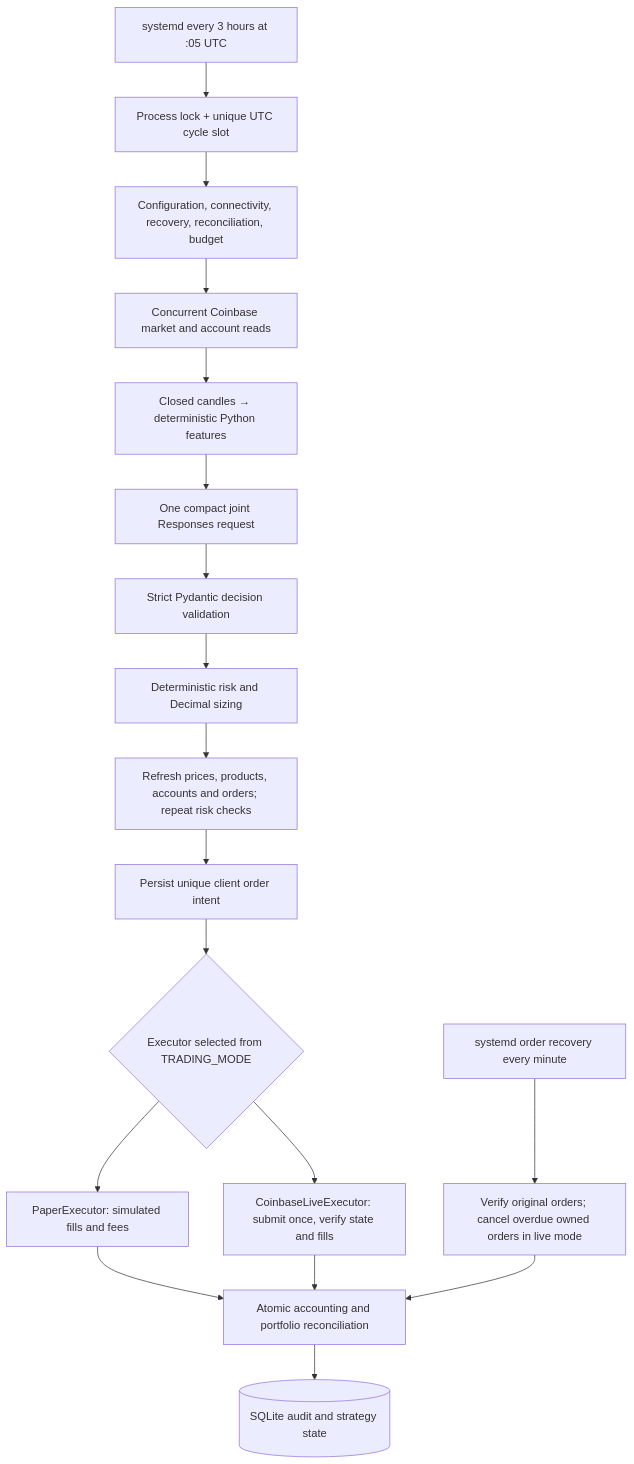
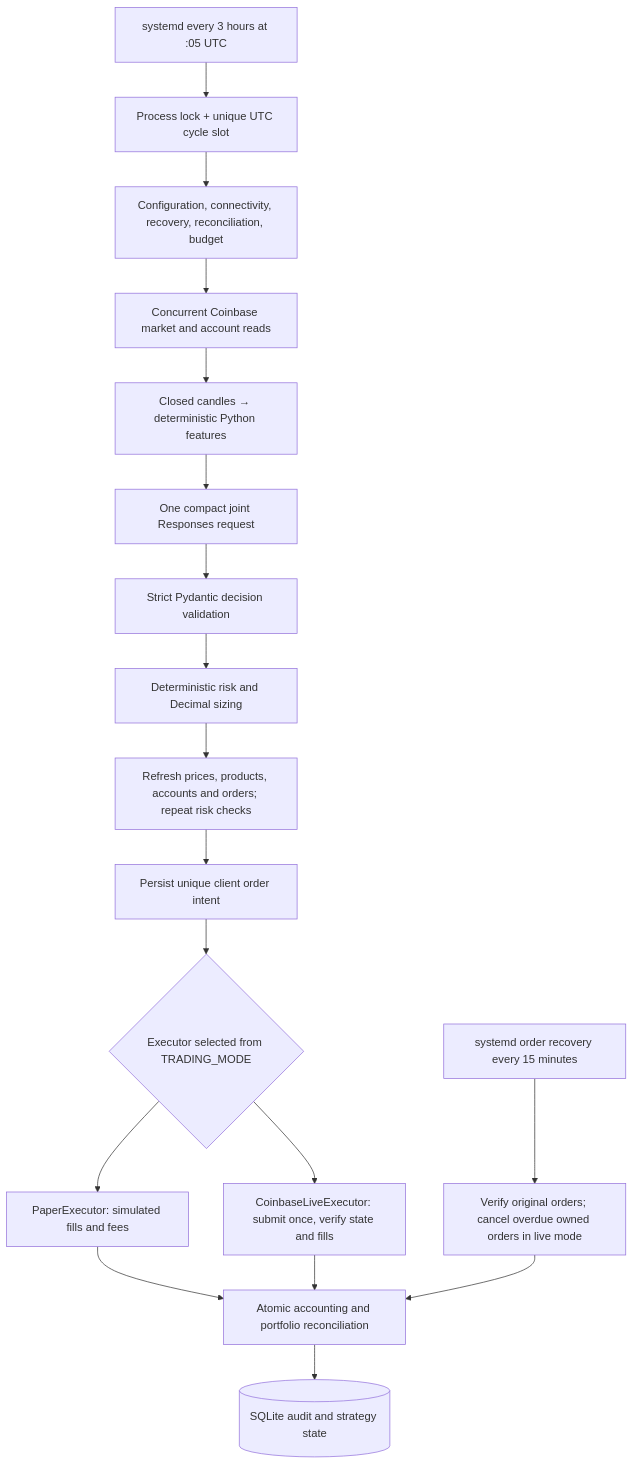
Before and after one commit to WhoStoleMyBrain/trade-me-away: the diagram in README.md, drawn with Mermaid. The commit also changed other lines of this file and 12 other files, not shown here.

````diff
--- a/README.md
+++ b/README.md
@@ -17,20 +17,20 @@
 ```mermaid
 flowchart TD
     Timer[systemd every 3 hours at :05 UTC] --> Lock[Process lock + unique UTC cycle slot]
     Lock --> Startup[Configuration, connectivity, recovery, reconciliation, budget]
     Startup --> Data[Concurrent Coinbase market and account reads]
     Data --> Features[Closed candles → deterministic Python features]
     Features --> Model[One compact joint Responses request]
     Model --> Schema[Strict Pydantic decision validation]
     Schema --> Risk[Deterministic risk and Decimal sizing]
     Risk --> Refresh[Refresh prices, products, accounts and orders; repeat risk checks]
     Refresh --> Intent[Persist unique client order intent]
     Intent --> Executor{Executor selected from TRADING_MODE}
     Executor --> Paper[PaperExecutor: simulated fills and fees]
     Executor --> Live[CoinbaseLiveExecutor: submit once, verify state and fills]
     Paper --> Ledger[Atomic accounting and portfolio reconciliation]
     Live --> Ledger
     Ledger --> DB[(SQLite audit and strategy state)]
-    Watch[systemd order recovery every minute] --> Recover[Verify original orders; cancel overdue owned orders in live mode]
+    Watch[systemd order recovery every 15 minutes] --> Recover[Verify original orders; cancel overdue owned orders in live mode]
     Recover --> Ledger
 ```
````
